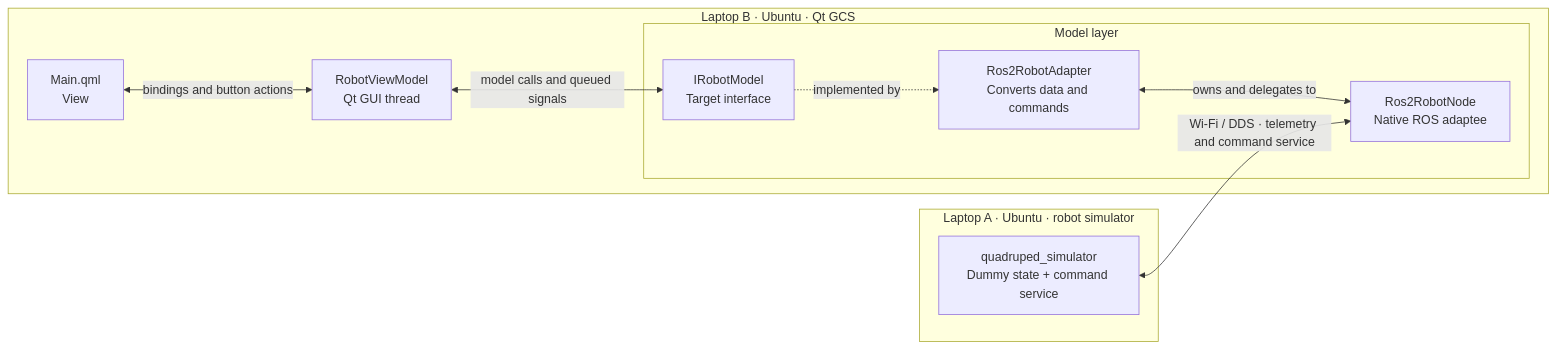
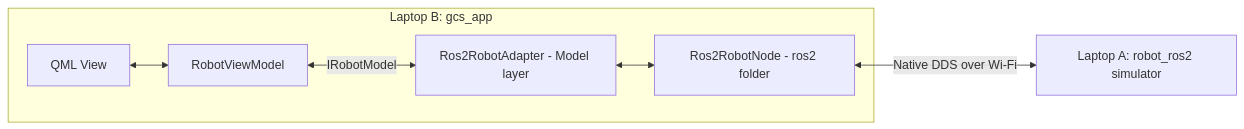
One commit to harshitatibra/MVVM-poc- changed the diagram in README.md. Above: the diagram before and after it, drawn with Mermaid. The commit also changed other lines of this file and 47 other files, not shown here.

Commit message:
gcs robot telemetry communication using MVVM architecture and QML on GCS side, with ROS 2 jazzy on robot side

````diff
--- a/README.md
+++ b/README.md
@@ -19,20 +76,9 @@
 ```mermaid
 flowchart LR
-    subgraph A["Laptop A · Ubuntu · robot simulator"]
-        R["quadruped_simulator\nDummy state + command service"]
+    subgraph G["Laptop B: gcs_app"]
+        Q["QML View"] <--> V["RobotViewModel"]
+        V <-->|IRobotModel| A["Ros2RobotAdapter - Model layer"]
+        A <--> N["Ros2RobotNode - ros2 folder"]
     end
-    subgraph B["Laptop B · Ubuntu · Qt GCS"]
-        V["Main.qml\nView"]
-        VM["RobotViewModel\nQt GUI thread"]
-        subgraph M["Model layer"]
-            I["IRobotModel\nTarget interface"]
-            A2["Ros2RobotAdapter\nConverts data and commands"]
-            N["Ros2RobotNode\nNative ROS adaptee"]
-            I -. implemented by .-> A2
-            A2 <-->|owns and delegates to| N
-        end
-        V <-->|bindings and button actions| VM
-        VM <-->|model calls and queued signals| I
-    end
-    R <-->|"Wi-Fi / DDS · telemetry and command service"| N
+    N <-->|"Native DDS over Wi-Fi"| R["Laptop A: robot_ros2 simulator"]
 ```
````
